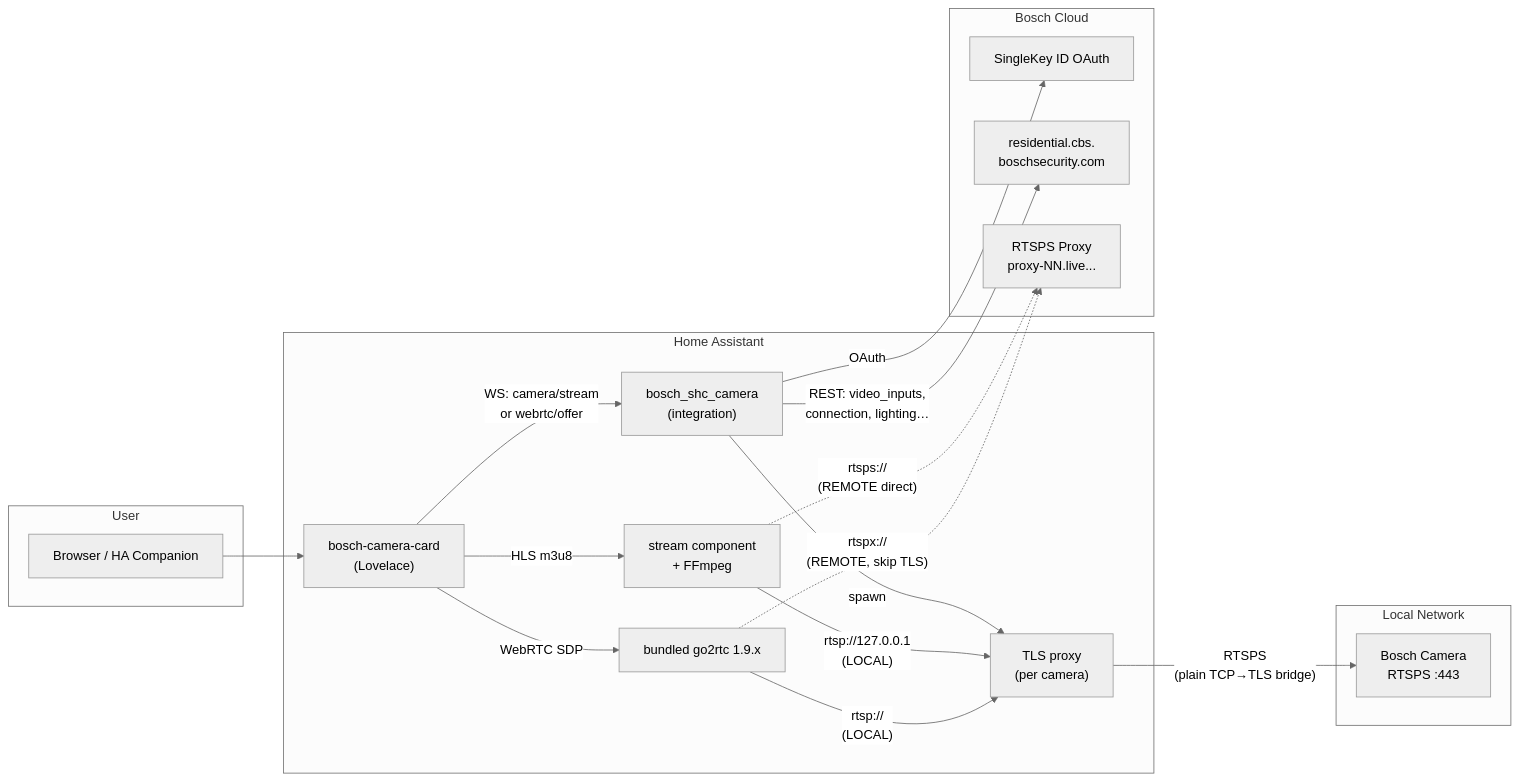
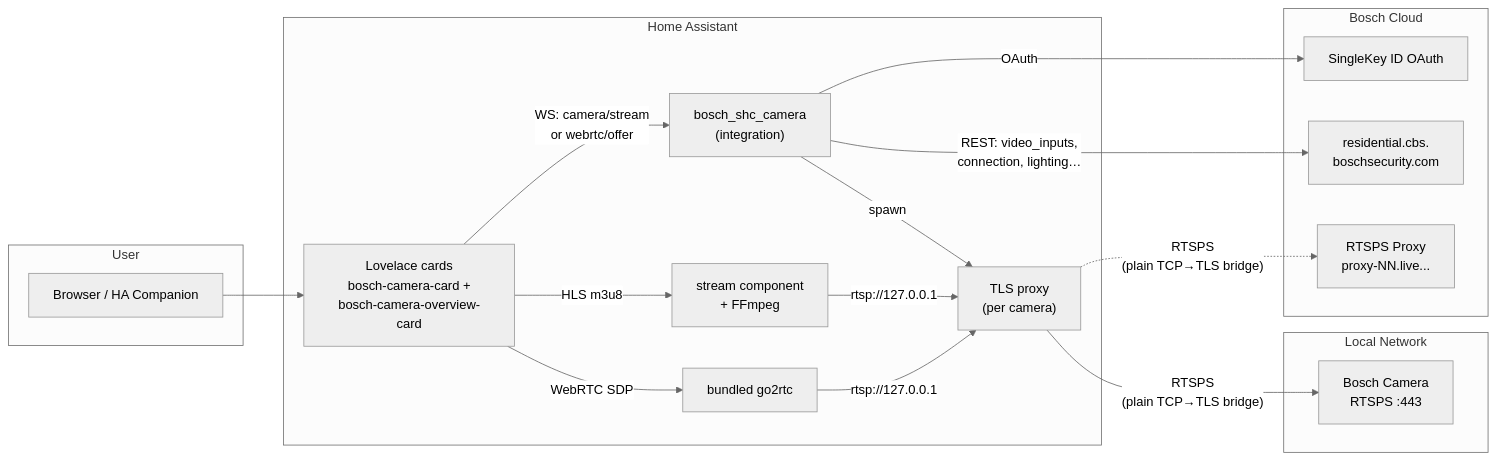
One commit to mosandlt/Bosch-Smart-Home-Camera-Tool-HomeAssistant changed the diagram in README.md. Above: the diagram before and after it, drawn with Mermaid (neutral theme). The commit also changed other lines of this file and 15 other files, not shown here.

````diff
--- a/README.md
+++ b/README.md
@@ -160,34 +238,33 @@
 ```mermaid
 graph LR
     subgraph User["User"]
         B["Browser / HA Companion"]
     end
     subgraph HA["Home Assistant"]
-        Card["bosch-camera-card<br/>(Lovelace)"]
+        Card["Lovelace cards<br/>bosch-camera-card +<br/>bosch-camera-overview-card"]
         Int["bosch_shc_camera<br/>(integration)"]
         Stream["stream component<br/>+ FFmpeg"]
-        G2["bundled go2rtc 1.9.x"]
+        G2["bundled go2rtc"]
         TLS["TLS proxy<br/>(per camera)"]
     end
     subgraph LAN["Local Network"]
         Cam["Bosch Camera<br/>RTSPS :443"]
     end
     subgraph Cloud["Bosch Cloud"]
         OAuth["SingleKey ID OAuth"]
         API["residential.cbs.<br/>boschsecurity.com"]
         CRP["RTSPS Proxy<br/>proxy-NN.live..."]
     end
 
     B --> Card
     Card -->|"WS: camera/stream<br/>or webrtc/offer"| Int
     Card -->|"HLS m3u8"| Stream
     Card -->|"WebRTC SDP"| G2
     Int -->|"OAuth"| OAuth
     Int -->|"REST: video_inputs,<br/>connection, lighting…"| API
     Int -->|"spawn"| TLS
     TLS -->|"RTSPS<br/>(plain TCP→TLS bridge)"| Cam
-    Stream -->|"rtsp://127.0.0.1<br/>(LOCAL)"| TLS
-    Stream -.->|"rtsps://<br/>(REMOTE direct)"| CRP
-    G2 -->|"rtsp://<br/>(LOCAL)"| TLS
-    G2 -.->|"rtspx://<br/>(REMOTE, skip TLS)"| CRP
+    TLS -.->|"RTSPS<br/>(plain TCP→TLS bridge)"| CRP
+    Stream -->|"rtsp://127.0.0.1"| TLS
+    G2 -->|"rtsp://127.0.0.1"| TLS
 ```
````
